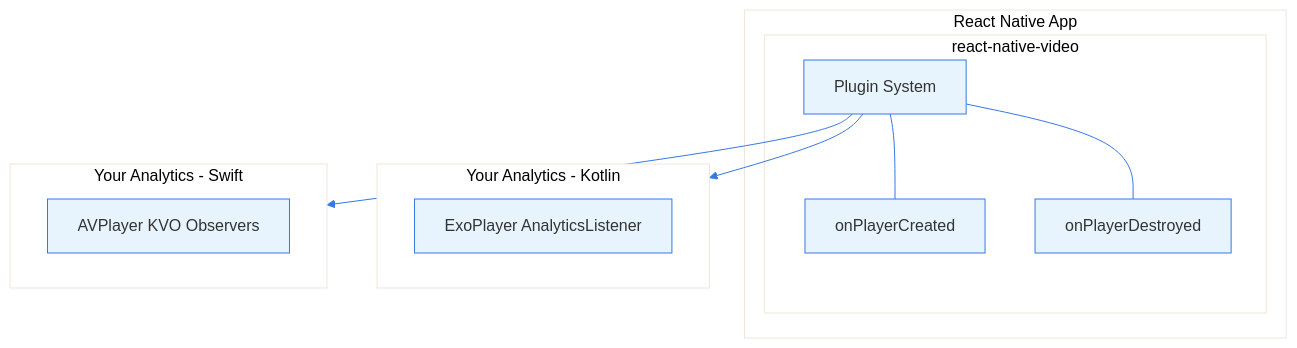
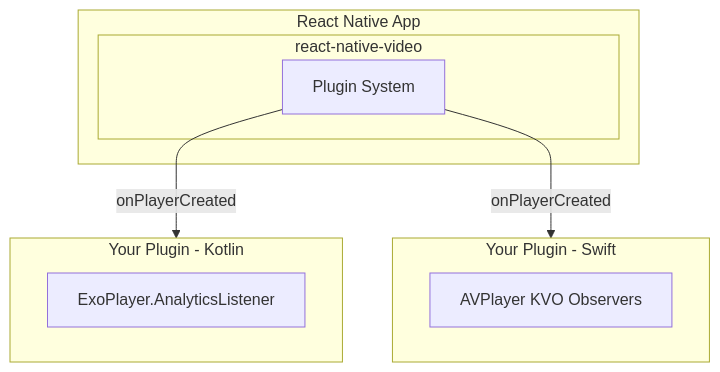
One commit to moskalakamil/react-native-video changed the diagram in docs/docs/players/analytics/manual.md. Above: the diagram before and after it, drawn with Mermaid. The commit also changed 1 other file, not shown here.

Commit message:
feat: add mermaid theme

````diff
--- a/docs/docs/players/analytics/manual.md
+++ b/docs/docs/players/analytics/manual.md
@@ -11,24 +11,19 @@
 ```mermaid
-%%{init: {'theme': 'base', 'themeVariables': { 'primaryColor': '#e8f4fd', 'primaryBorderColor': '#3578e5', 'lineColor': '#3578e5'}}}%%
 flowchart TB
-    subgraph RN["React Native App"]
-        subgraph RNV["react-native-video"]
-            PS["Plugin System"]
-            CB1["onPlayerCreated"]
-            CB2["onPlayerDestroyed"]
+    subgraph RN[React Native App]
+        subgraph RNV[react-native-video]
+            PS[Plugin System]
         end
     end
     
-    PS --- CB1
-    PS --- CB2
-    PS --> Android
-    PS --> iOS
+    PS -->|onPlayerCreated| Android
+    PS -->|onPlayerCreated| iOS
     
-    subgraph Android["Your Analytics - Kotlin"]
-        EXO["ExoPlayer AnalyticsListener"]
+    subgraph Android[Your Plugin - Kotlin]
+        EXO[ExoPlayer.AnalyticsListener]
     end
     
-    subgraph iOS["Your Analytics - Swift"]
-        AVP["AVPlayer KVO Observers"]
+    subgraph iOS[Your Plugin - Swift]
+        AVP[AVPlayer KVO Observers]
     end
 ```
````
